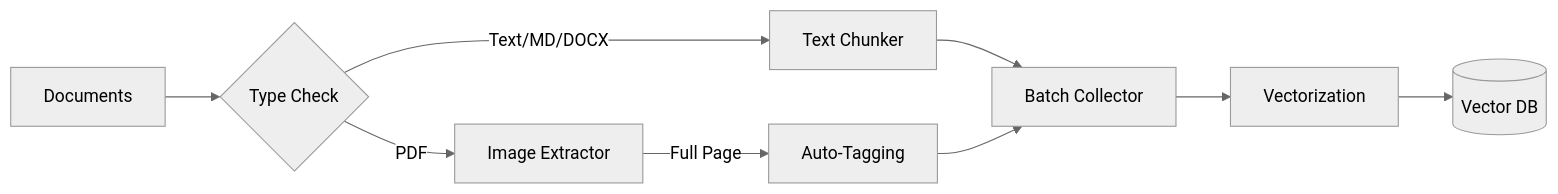
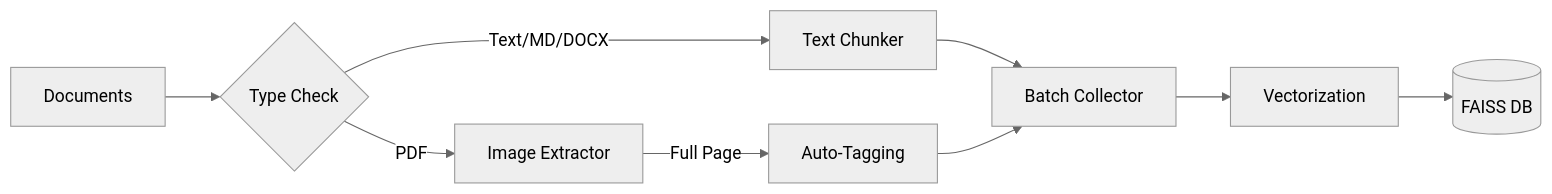
One commit to ngcix/doc-rag changed the diagram in README.md. Above: the diagram before and after it, drawn with Mermaid (neutral theme). The commit also changed other lines of this file, not shown here.

````diff
--- a/README.md
+++ b/README.md
@@ -142,11 +196,11 @@
 ```mermaid
 graph LR
     A[Documents] --> B{Type Check};
     B -->|Text/MD/DOCX| C[Text Chunker];
     B -->|PDF| D[Image Extractor];
     D -->|Full Page| E[Auto-Tagging];
     C --> F[Batch Collector];
     E --> F;
     F --> G[Vectorization];
-    G --> H[(Vector DB)];
+    G --> H[(FAISS DB)];
 ```
````
